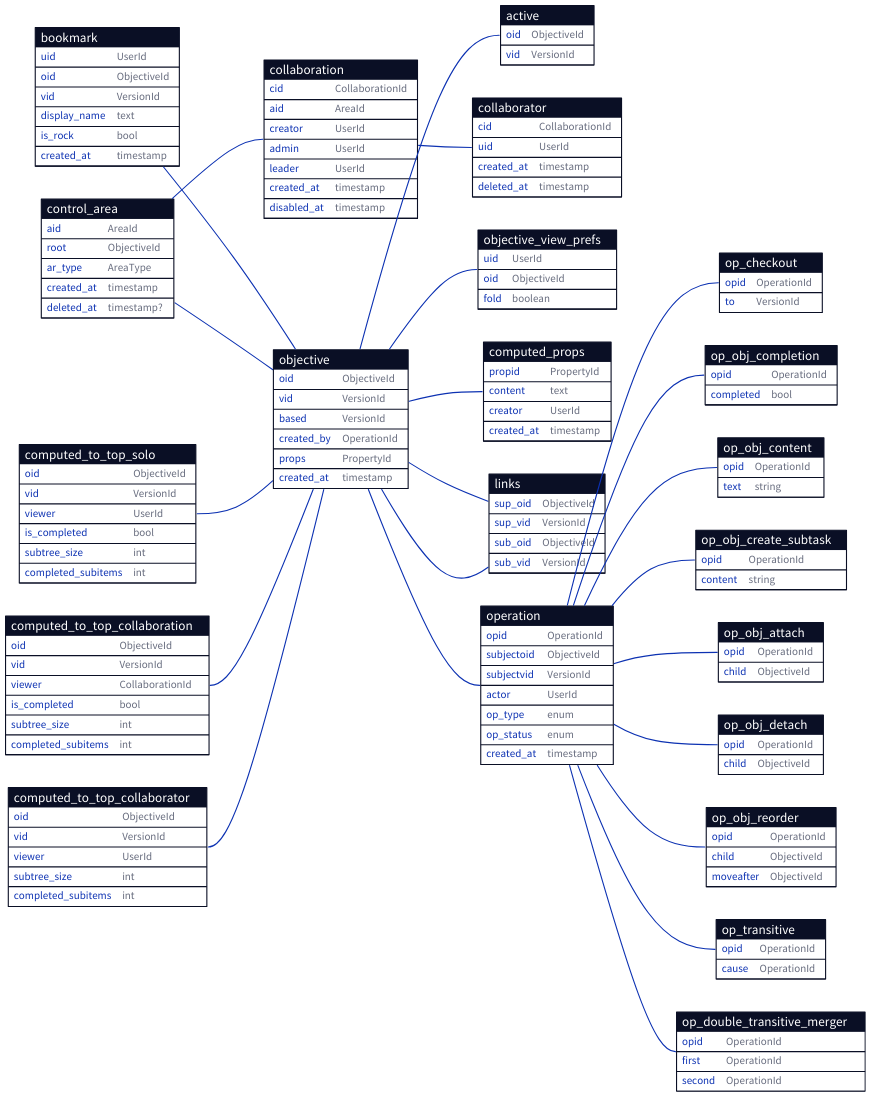
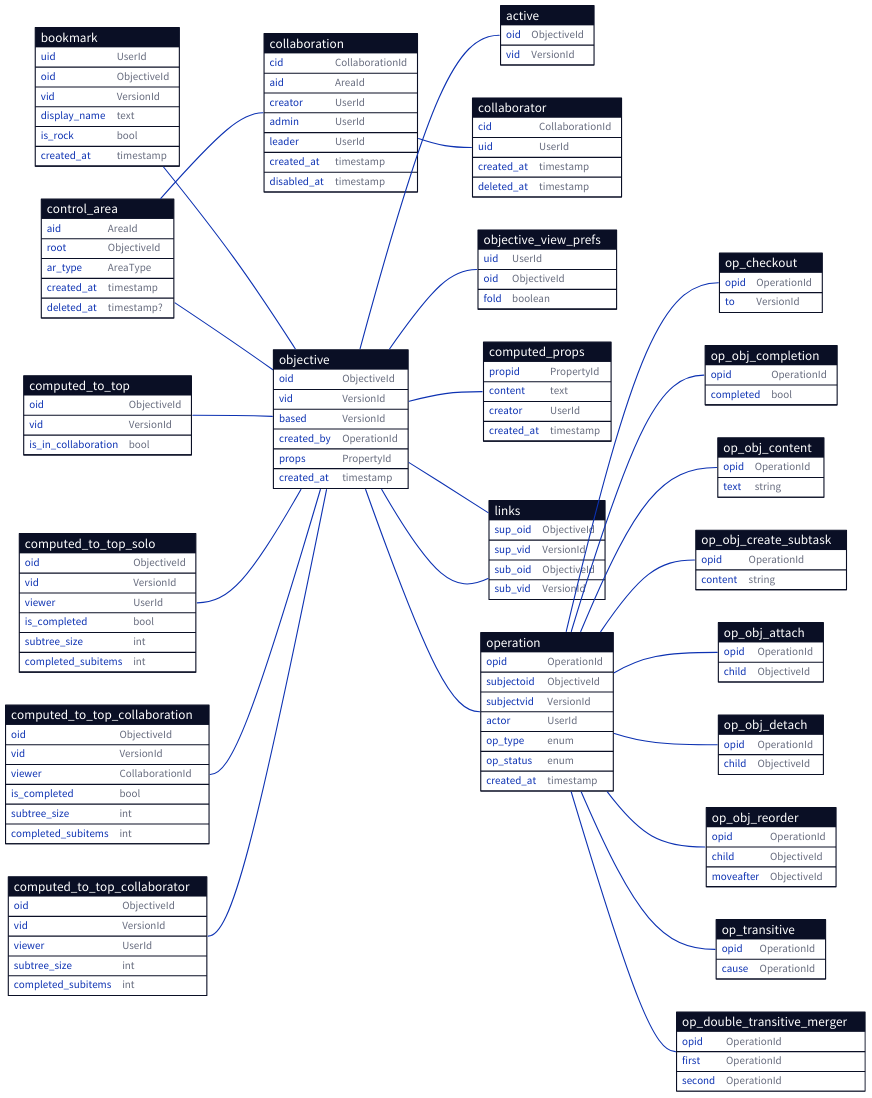
Before and after one commit to ufukty/logbook: the diagram in docs/database/simplified.d2, drawn with D2. The commit also changed 2 other files, not shown here.

Commit message:
docs/database/simplified: adds `computed_to_top` table to decide which `computed_to_top_*` table the app needs to query without trying

```diff
--- a/docs/database/simplified.d2
+++ b/docs/database/simplified.d2
@@ -89,6 +89,15 @@
   sup_vid: VersionId
   sub_oid: ObjectiveId
   sub_vid: VersionId
+}
+
+computed_to_top: {
+  shape: sql_table
+
+  oid: ObjectiveId
+  vid: VersionId
+
+  is_in_collaboration: bool
 }
 
 computed_to_top_solo: {
@@ -225,6 +234,7 @@
 objective.oid -- links.sup_oid
 objective.oid -- links.sub_oid
 
+computed_to_top.oid -- objective.oid
 computed_to_top_solo.oid -- objective.oid
 computed_to_top_collaboration.oid -- objective.oid
 computed_to_top_collaborator.oid -- objective.oid
```
